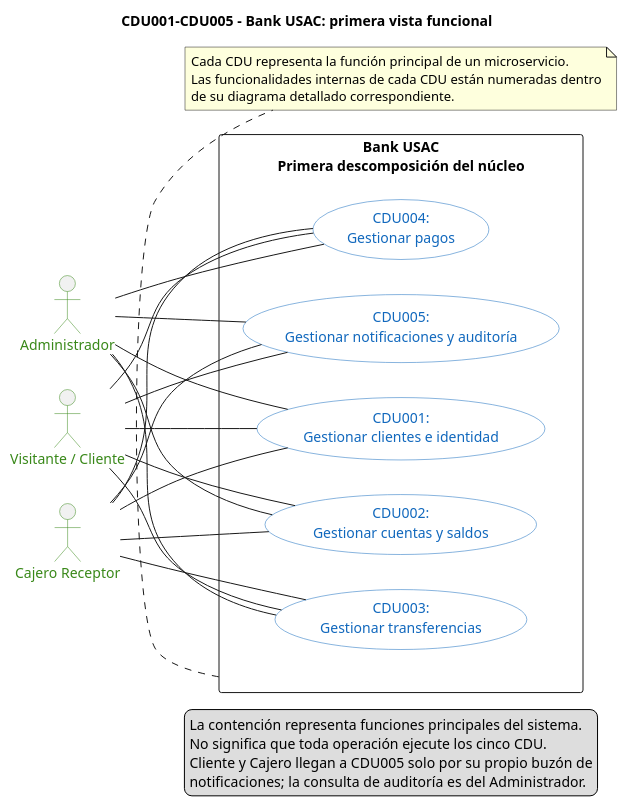
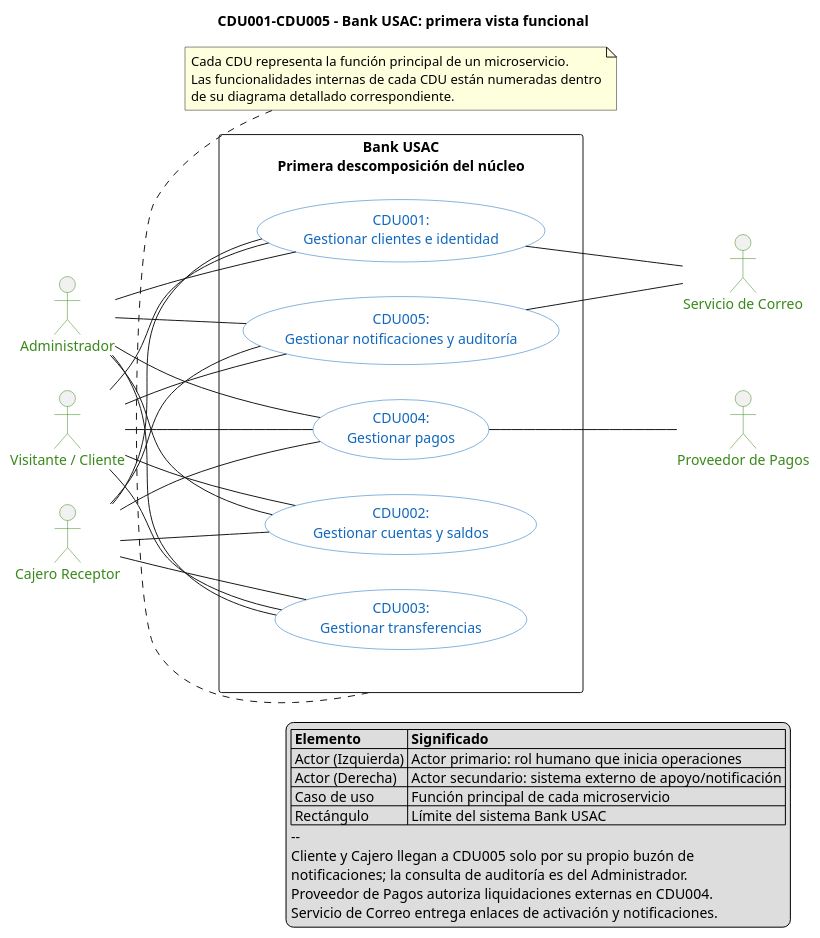
Before and after one commit to marcosbondel/Proyecto-SA-B-2: the diagram in docs/architecture/diagrams/cdu/01-primera-descomposicion.puml, drawn with PlantUML. The commit also changed 9 other files, not shown here.

Commit message:
feat: add public layout component and document core architecture use case diagrams

```diff
--- a/docs/architecture/diagrams/cdu/01-primera-descomposicion.puml
+++ b/docs/architecture/diagrams/cdu/01-primera-descomposicion.puml
@@ -1,60 +1,76 @@
 @startuml 01-primera-descomposicion
 left to right direction
 
 title CDU001-CDU005 - Bank USAC: primera vista funcional
 
 skinparam shadowing false
 skinparam packageStyle rectangle
 skinparam usecase {
     BackgroundColor #FFFFFF
     BorderColor #1168BD
     FontColor #1168BD
 }
 skinparam actor {
     BorderColor #398819
     FontColor #398819
 }
 
+' Actores primarios (iniciadores humanos del negocio)
 actor "Visitante / Cliente" as cliente
 actor "Cajero Receptor" as cajero
 actor "Administrador" as admin
 
 rectangle "Bank USAC\nPrimera descomposición del núcleo" as bank {
     usecase "CDU001:\nGestionar clientes e identidad" as customer
     usecase "CDU002:\nGestionar cuentas y saldos" as account
     usecase "CDU003:\nGestionar transferencias" as transaction
     usecase "CDU004:\nGestionar pagos" as payment
     usecase "CDU005:\nGestionar notificaciones y auditoría" as audit
 }
+
+' Actores secundarios (sistemas externos de soporte)
+actor "Proveedor de Pagos" as proveedorPagos
+actor "Servicio de Correo" as correo
 
 cliente -- customer
 cliente -- account
 cliente -- transaction
 cliente -- payment
 cliente -- audit
 
 cajero -- customer
 cajero -- account
 cajero -- transaction
 cajero -- payment
 cajero -- audit
 
 admin -- customer
 admin -- account
 admin -- transaction
 admin -- payment
 admin -- audit
 
+' Conexiones hacia actores secundarios externos
+payment -- proveedorPagos
+audit -- correo
+customer -- correo
+
 note bottom of bank
     Cada CDU representa la función principal de un microservicio.
     Las funcionalidades internas de cada CDU están numeradas dentro
     de su diagrama detallado correspondiente.
 end note
 
 legend right
-    La contención representa funciones principales del sistema.
-    No significa que toda operación ejecute los cinco CDU.
+    |= Elemento |= Significado |
+    | Actor (Izquierda) | Actor primario: rol humano que inicia operaciones |
+    | Actor (Derecha) | Actor secundario: sistema externo de apoyo/notificación |
+    | Caso de uso | Función principal de cada microservicio |
+    | Rectángulo | Límite del sistema Bank USAC |
+    --
     Cliente y Cajero llegan a CDU005 solo por su propio buzón de
     notificaciones; la consulta de auditoría es del Administrador.
+    Proveedor de Pagos autoriza liquidaciones externas en CDU004.
+    Servicio de Correo entrega enlaces de activación y notificaciones.
 endlegend
 @enduml
```
